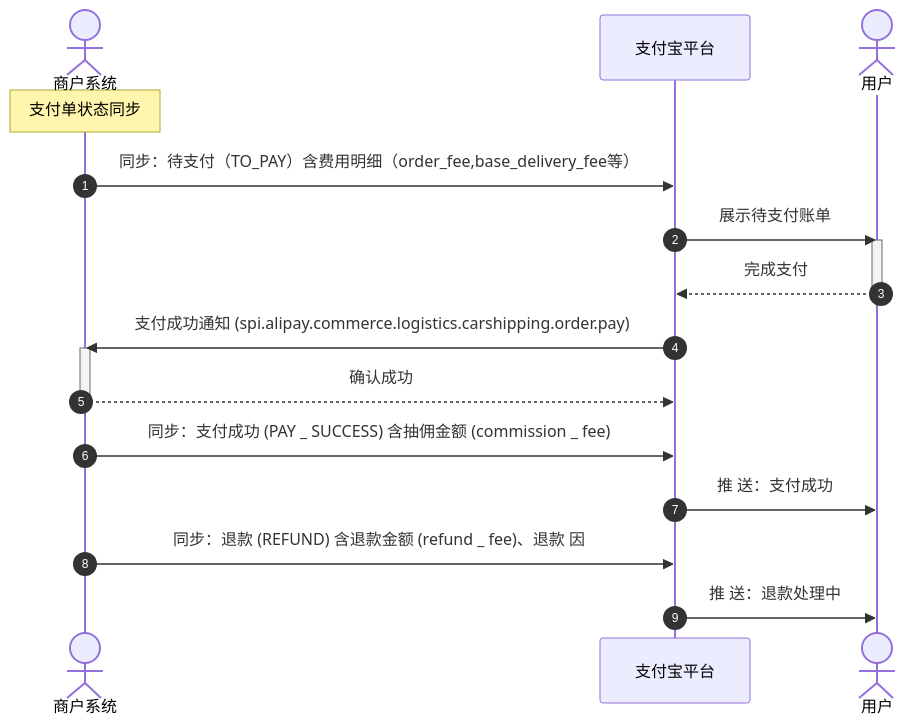
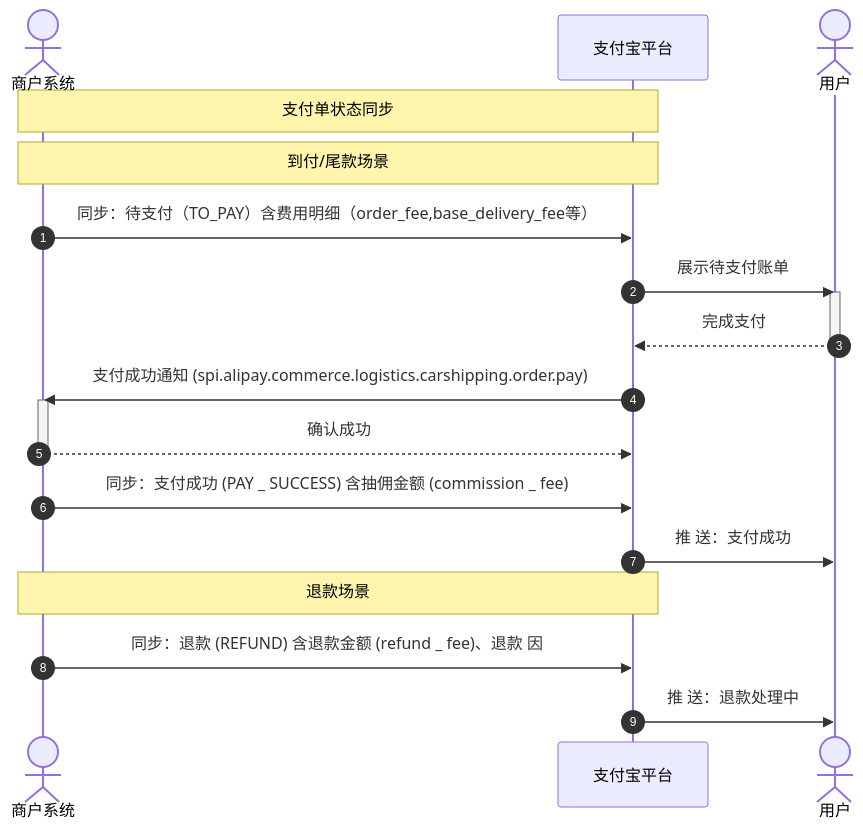
Before and after one commit to pingpm/mermaid_vault: the diagram in mmd/支付单状态同步时序_b3042cb3-08c1-43b5-b440-32d3f6443821.mmd, drawn with Mermaid. The commit also changed 4 other files, not shown here.

Commit message:
Sync Mermaid Studio data (11 diagrams)

```diff
--- a/mmd/支付单状态同步时序_b3042cb3-08c1-43b5-b440-32d3f6443821.mmd
+++ b/mmd/支付单状态同步时序_b3042cb3-08c1-43b5-b440-32d3f6443821.mmd
@@ -1,19 +1,21 @@
 sequenceDiagram
   autonumber
   actor p0 as 商户系统
   participant p1 as ⽀付宝平台
   actor p2 as 用户
-  Note over p0: ⽀付单状态同步
+  Note over p0,p1: ⽀付单状态同步
+  Note over p0,p1: 到付/尾款场景
   p0->>p1: 同步：待支付（TO_PAY）含费用明细（order_fee,base_delivery_fee等）
   p1->>p2: 展示待⽀付账单
   activate p2
   p2-->>p1: 完成⽀付
   deactivate p2
   p1->>p0: ⽀付成功通知 (spi.alipay.commerce.logistics.carshipping.order.pay)
   activate p0
   p0-->>p1: 确认成功
   deactivate p0
   p0->>p1: 同步：⽀付成功 (PAY _ SUCCESS) 含抽佣⾦额 (commission _ fee)
   p1->>p2: 推 送：⽀付成功
+  Note over p0,p1: 退款场景
   p0->>p1: 同步：退款 (REFUND) 含退款⾦额 (refund _ fee)、退款 因
   p1->>p2: 推 送：退款处理中
```
